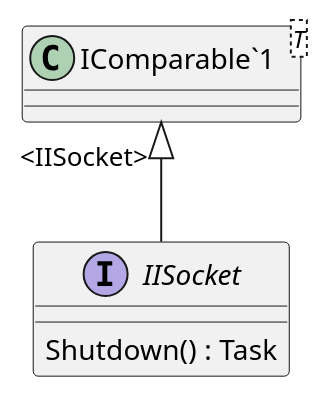
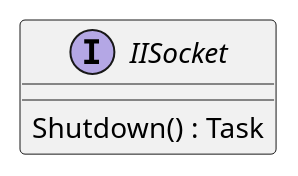
Before and after one commit to catalyst-network/Catalyst: the diagram in Documentation/UML/Catalyst.Node.Common/Interfaces/IISocket.puml, drawn with PlantUML. The commit also changed 20 other files, not shown here.

```diff
--- a/Documentation/UML/Catalyst.Node.Common/Interfaces/IISocket.puml
+++ b/Documentation/UML/Catalyst.Node.Common/Interfaces/IISocket.puml
@@ -1,8 +1,5 @@
 @startuml
 interface IISocket {
     Shutdown() : Task
 }
-class "IComparable`1"<T> {
-}
-"IComparable`1" "<IISocket>" <|-- IISocket
 @enduml
```
